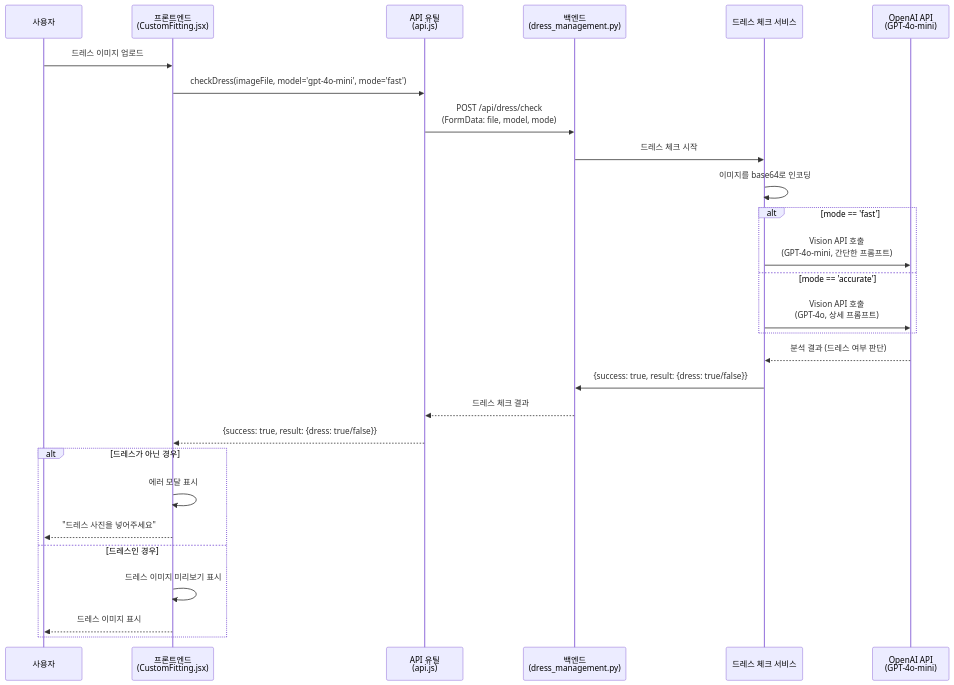
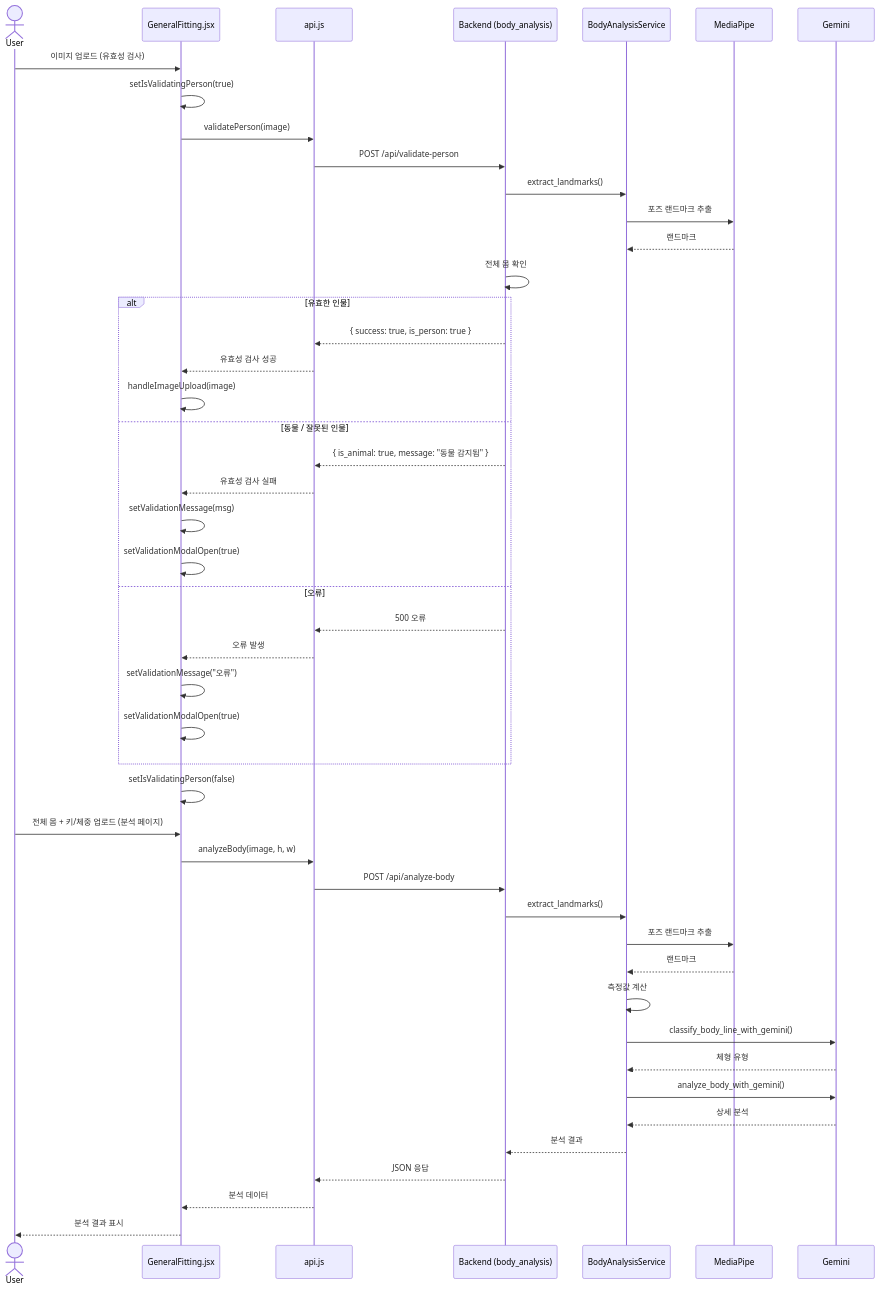
Before and after one commit to MerrydayPrject/final-repo-back: the seventh of 12 diagrams in docs/sequence_diagrams.md, drawn with Mermaid. The commit also changed other lines of this file, not shown here.

Commit message:
diagrams_merged

````diff
--- a/docs/sequence_diagrams.md
+++ b/docs/sequence_diagrams.md
@@ -425,35 +427,52 @@
 ```mermaid
 sequenceDiagram
-    participant User as 사용자
-    participant Frontend as 프론트엔드<br/>(CustomFitting.jsx)
-    participant API as API 유틸<br/>(api.js)
-    participant Backend as 백엔드<br/>(dress_management.py)
-    participant DressService as 드레스 체크 서비스
-    participant OpenAI as OpenAI API<br/>(GPT-4o-mini)
+    actor User
+    participant Page as GeneralFitting.jsx
+    participant API as api.js
+    participant BE as Backend (body_analysis)
+    participant S as BodyAnalysisService
+    participant MP as MediaPipe
+    participant AI as Gemini
 
-    User->>Frontend: 드레스 이미지 업로드
-    Frontend->>API: checkDress(imageFile, model='gpt-4o-mini', mode='fast')
-    API->>Backend: POST /api/dress/check<br/>(FormData: file, model, mode)
+    User->>Page: 이미지 업로드 (유효성 검사)
+    Page->>Page: setIsValidatingPerson(true)
+    Page->>API: validatePerson(image)
+    API->>BE: POST /api/validate-person
+    BE->>S: extract_landmarks()
+    S->>MP: 포즈 랜드마크 추출
+    MP-->>S: 랜드마크
+    BE->>BE: 전체 몸 확인
     
-    Backend->>DressService: 드레스 체크 시작
-    DressService->>DressService: 이미지를 base64로 인코딩
-    
-    alt mode == 'fast'
-        DressService->>OpenAI: Vision API 호출<br/>(GPT-4o-mini, 간단한 프롬프트)
-    else mode == 'accurate'
-        DressService->>OpenAI: Vision API 호출<br/>(GPT-4o, 상세 프롬프트)
+    alt 유효한 인물
+        BE-->>API: { success: true, is_person: true }
+        API-->>Page: 유효성 검사 성공
+        Page->>Page: handleImageUpload(image)
+    else 동물 / 잘못된 인물
+        BE-->>API: { is_animal: true, message: "동물 감지됨" }
+        API-->>Page: 유효성 검사 실패
+        Page->>Page: setValidationMessage(msg)
+        Page->>Page: setValidationModalOpen(true)
+    else 오류
+        BE-->>API: 500 오류
+        API-->>Page: 오류 발생
+        Page->>Page: setValidationMessage("오류")
+        Page->>Page: setValidationModalOpen(true)
     end
-    
-    OpenAI-->>DressService: 분석 결과 (드레스 여부 판단)
-    DressService->>Backend: {success: true, result: {dress: true/false}}
-    Backend-->>API: 드레스 체크 결과
-    API-->>Frontend: {success: true, result: {dress: true/false}}
-    
-    alt 드레스가 아닌 경우
-        Frontend->>Frontend: 에러 모달 표시
-        Frontend-->>User: "드레스 사진을 넣어주세요"
-    else 드레스인 경우
-        Frontend->>Frontend: 드레스 이미지 미리보기 표시
-        Frontend-->>User: 드레스 이미지 표시
-    end
+    Page->>Page: setIsValidatingPerson(false)
+
+    User->>Page: 전체 몸 + 키/체중 업로드 (분석 페이지)
+    Page->>API: analyzeBody(image, h, w)
+    API->>BE: POST /api/analyze-body
+    BE->>S: extract_landmarks()
+    S->>MP: 포즈 랜드마크 추출
+    MP-->>S: 랜드마크
+    S->>S: 측정값 계산
+    S->>AI: classify_body_line_with_gemini()
+    AI-->>S: 체형 유형
+    S->>AI: analyze_body_with_gemini()
+    AI-->>S: 상세 분석
+    S-->>BE: 분석 결과
+    BE-->>API: JSON 응답
+    API-->>Page: 분석 데이터
+    Page-->>User: 분석 결과 표시
 ```
````
